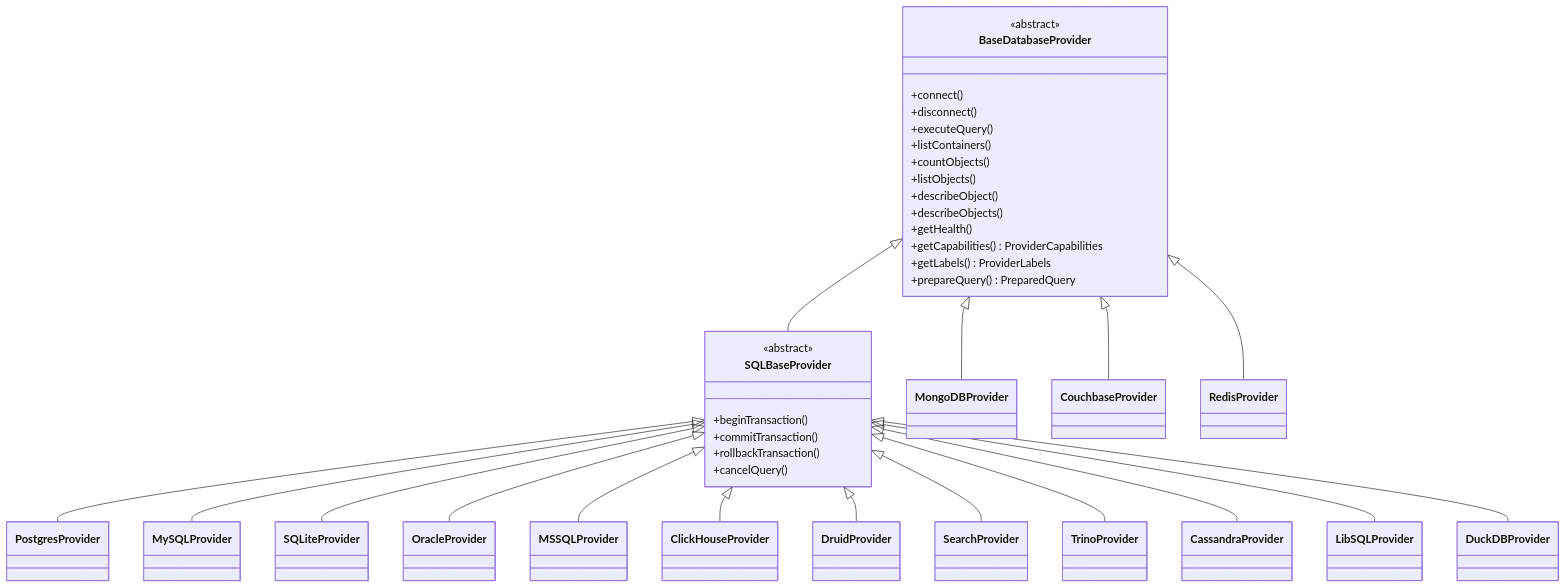
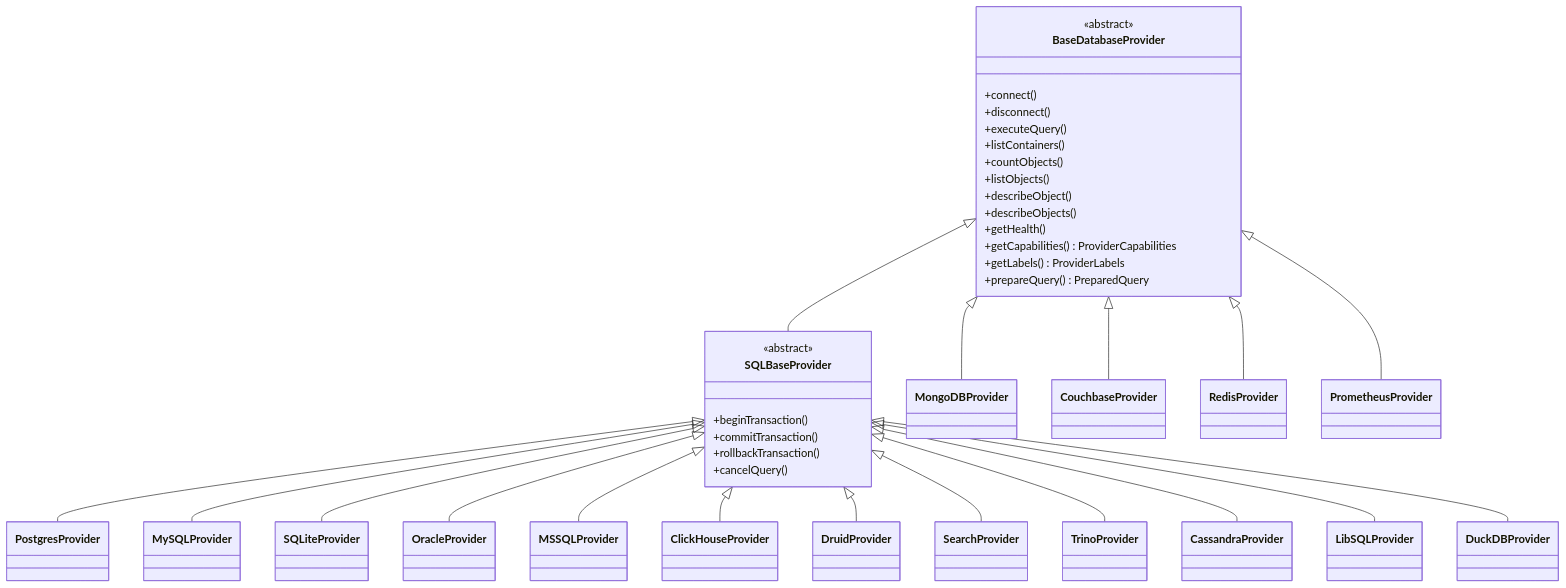
One commit to Aditya-XR/libredb-studio changed the second of 3 diagrams in docs/ARCHITECTURE.md. Above: the diagram before and after it, drawn with Mermaid. The commit also changed other lines of this file and 355 other files, not shown here.

````diff
--- a/docs/ARCHITECTURE.md
+++ b/docs/ARCHITECTURE.md
@@ -77,44 +79,45 @@
 ```mermaid
 classDiagram
     class BaseDatabaseProvider {
         <<abstract>>
         +connect()
         +disconnect()
         +executeQuery()
         +listContainers()
         +countObjects()
         +listObjects()
         +describeObject()
         +describeObjects()
         +getHealth()
         +getCapabilities() ProviderCapabilities
         +getLabels() ProviderLabels
         +prepareQuery() PreparedQuery
     }
 
     class SQLBaseProvider {
         <<abstract>>
         +beginTransaction()
         +commitTransaction()
         +rollbackTransaction()
         +cancelQuery()
     }
 
     BaseDatabaseProvider <|-- SQLBaseProvider
     BaseDatabaseProvider <|-- MongoDBProvider
     BaseDatabaseProvider <|-- CouchbaseProvider
     BaseDatabaseProvider <|-- RedisProvider
+    BaseDatabaseProvider <|-- PrometheusProvider
 
     SQLBaseProvider <|-- PostgresProvider
     SQLBaseProvider <|-- MySQLProvider
     SQLBaseProvider <|-- SQLiteProvider
     SQLBaseProvider <|-- OracleProvider
     SQLBaseProvider <|-- MSSQLProvider
     SQLBaseProvider <|-- ClickHouseProvider
     SQLBaseProvider <|-- DruidProvider
     SQLBaseProvider <|-- SearchProvider
     SQLBaseProvider <|-- TrinoProvider
     SQLBaseProvider <|-- CassandraProvider
     SQLBaseProvider <|-- LibSQLProvider
     SQLBaseProvider <|-- DuckDBProvider
 ```
````
